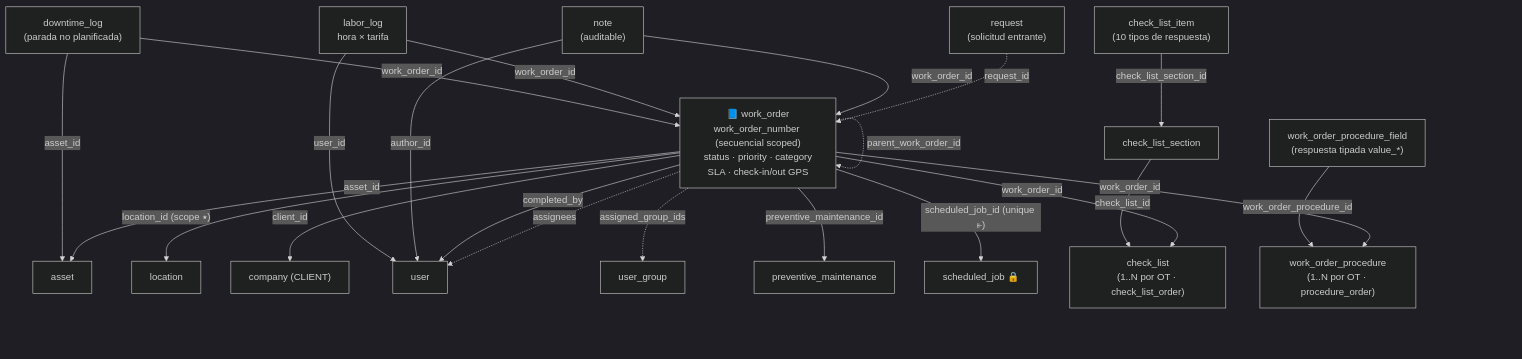
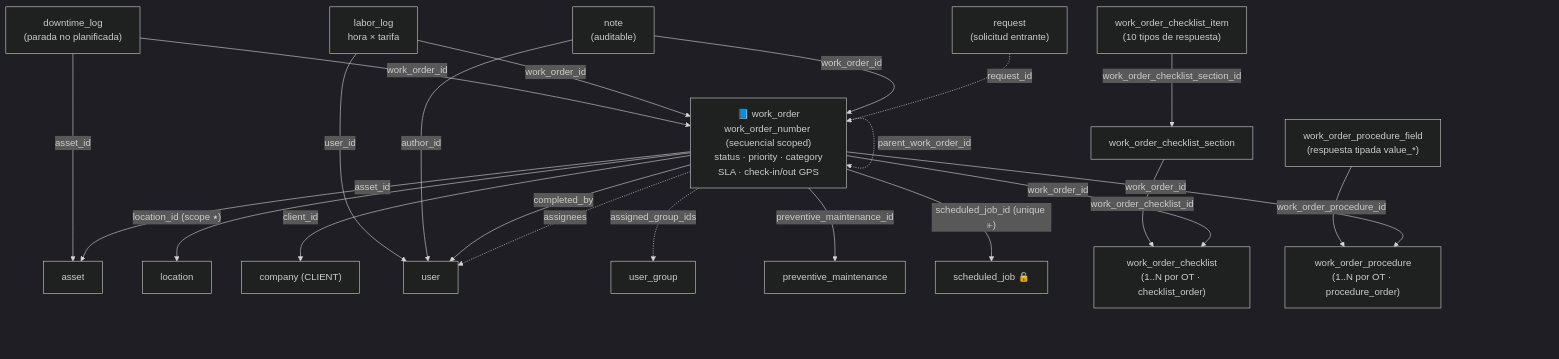
One commit to metritechnology/metri-engine changed the second of 5 diagrams in docs/reference/diagrama-modelo-datos.md. Above: the diagram before and after it, drawn with Mermaid (dark theme). The commit also changed other lines of this file and 19 other files, not shown here.

First line of the commit message:
refactor(modelos): renombrado para desambiguar — _template vs work_order_

````diff
--- a/docs/reference/diagrama-modelo-datos.md
+++ b/docs/reference/diagrama-modelo-datos.md
@@ -73,34 +73,34 @@
 ```mermaid
 flowchart TB
     REQ["request<br/>(solicitud entrante)"] -. request_id .-> WO
 
     WO["📘 work_order<br/>work_order_number (secuencial scoped)<br/>status · priority · category<br/>SLA · check-in/out GPS"]
     WO -. parent_work_order_id .-> WO
 
     WO -->|"asset_id"| ASSET["asset"]
     WO -->|"location_id (scope ⭑)"| LOC["location"]
     WO -->|"client_id"| CO["company (CLIENT)"]
     WO -. "assignees" .-> U["user"]
     WO -. "assigned_group_ids" .-> UG["user_group"]
     WO -->|"preventive_maintenance_id"| PM["preventive_maintenance"]
     WO -->|"scheduled_job_id (unique ⫦)"| SJ["scheduled_job 🔒"]
     WO -->|"completed_by"| U
 
     NOTE["note<br/>(auditable)"] -->|"work_order_id"| WO
     NOTE -->|"author_id"| U
 
     LL["labor_log<br/>hora × tarifa"] -->|"work_order_id"| WO
     LL -->|"user_id"| U
 
-    CL["check_list<br/>(1..N por OT · check_list_order)"]
-    WO -->|"work_order_id"| CL
-    CLS["check_list_section"] -->|"check_list_id"| CL
-    CLI["check_list_item<br/>(10 tipos de respuesta)"] -->|"check_list_section_id"| CLS
+    WCL["work_order_checklist<br/>(1..N por OT · checklist_order)"]
+    WO -->|"work_order_id"| WCL
+    WCLS["work_order_checklist_section"] -->|"work_order_checklist_id"| WCL
+    WCLI["work_order_checklist_item<br/>(10 tipos de respuesta)"] -->|"work_order_checklist_section_id"| WCLS
 
     WPROC["work_order_procedure<br/>(1..N por OT · procedure_order)"]
     WO -->|"work_order_id"| WPROC
     WPF["work_order_procedure_field<br/>(respuesta tipada value_*)"] -->|"work_order_procedure_id"| WPROC
 
     DT["downtime_log<br/>(parada no planificada)"] -->|"work_order_id"| WO
     DT -->|"asset_id"| ASSET
 ```
````
